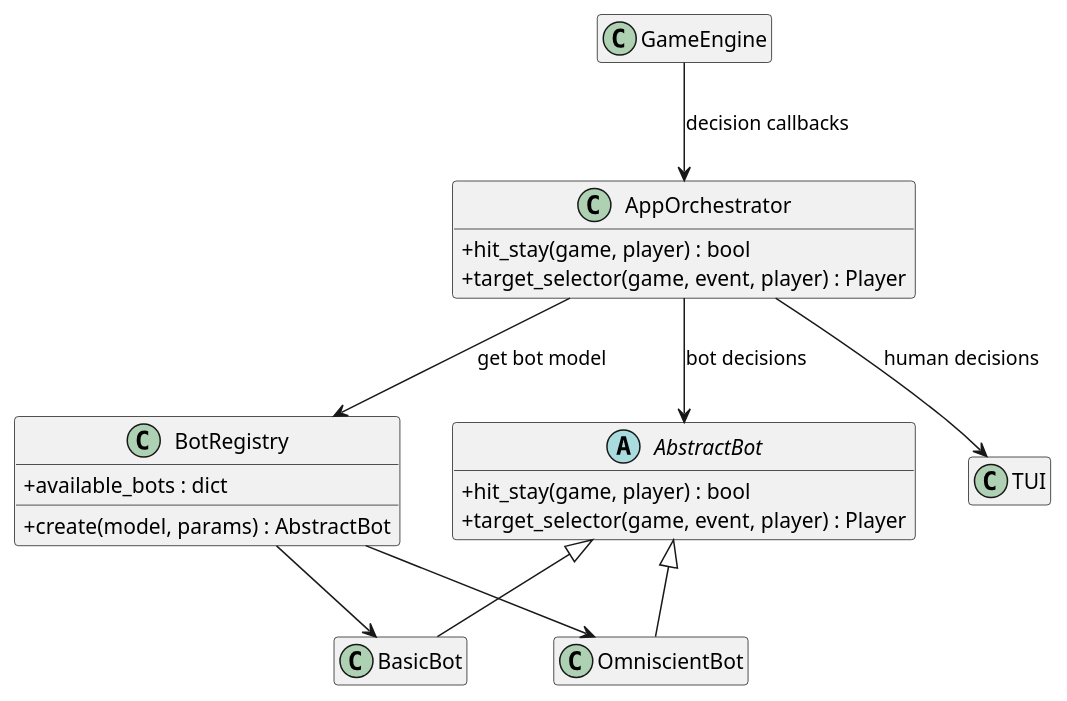
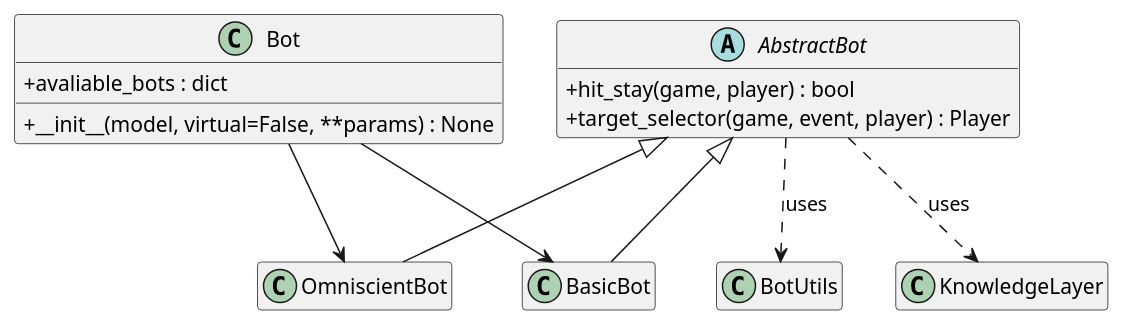
Before and after one commit to benhalladay08/flop7: the third of 3 diagrams in docs/design.md, drawn with PlantUML. The commit also changed other lines of this file and 1 other file, not shown here.

````diff
--- a/docs/design.md
+++ b/docs/design.md
@@ -345,39 +412,31 @@
 ```plantuml
 @startuml
 skinparam classAttributeIconSize 0
 hide empty members
-
-class AppOrchestrator {
-  +hit_stay(game, player) : bool
-  +target_selector(game, event, player) : Player
-}
-
-class GameEngine
 
 abstract class AbstractBot {
   +hit_stay(game, player) : bool
   +target_selector(game, event, player) : Player
 }
 
 class BasicBot
 class OmniscientBot
 
-class BotRegistry {
-  +available_bots : dict
-  +create(model, params) : AbstractBot
+class Bot {
+  +avaliable_bots : dict
+  +__init__(model, virtual=False, **params) : None
 }
 
-class TUI
+class KnowledgeLayer
+class BotUtils
 
-GameEngine --> AppOrchestrator : decision callbacks
-AppOrchestrator --> TUI : human decisions
-AppOrchestrator --> BotRegistry : get bot model
-AppOrchestrator --> AbstractBot : bot decisions
+AbstractBot ..> KnowledgeLayer : uses
+AbstractBot ..> BotUtils : uses
 
 AbstractBot <|-- BasicBot
 AbstractBot <|-- OmniscientBot
-BotRegistry --> BasicBot
-BotRegistry --> OmniscientBot
+Bot --> BasicBot
+Bot --> OmniscientBot
 
 @enduml
 ```
````
